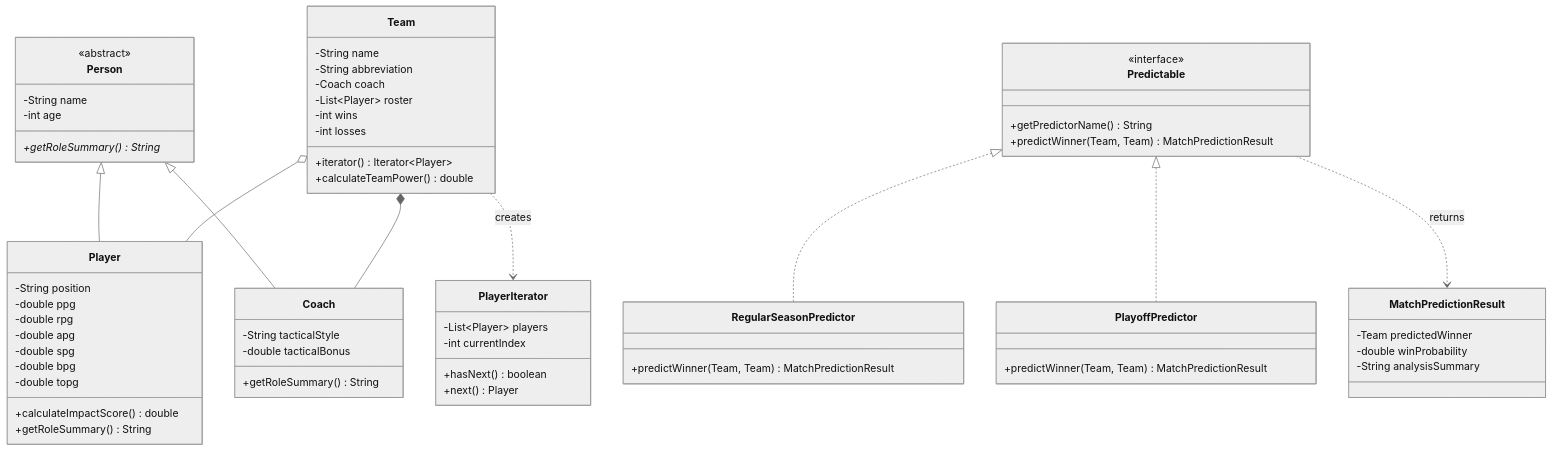
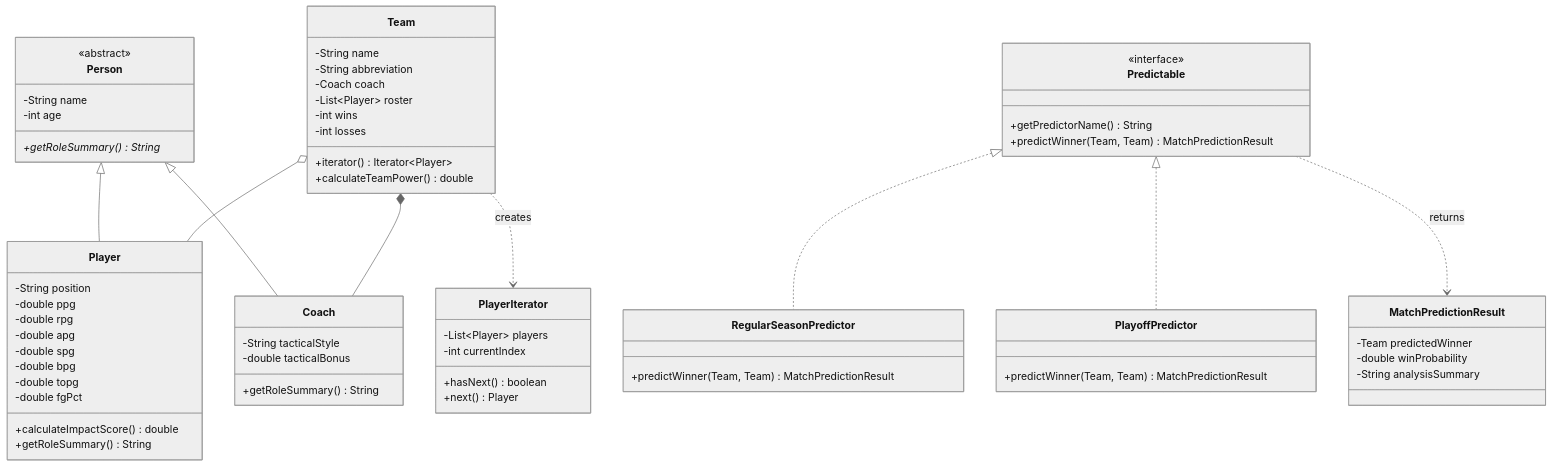
One commit to Berkayblgr/nba-oop-match-predictor changed the diagram in README.md. Above: the diagram before and after it, drawn with Mermaid (neutral theme). The commit also changed other lines of this file, not shown here.

Commit message:
docs: update README with FG% metric and UML class diagram

````diff
--- a/README.md
+++ b/README.md
@@ -17,66 +17,67 @@
 ```mermaid
 classDiagram
     class Person {
         <<abstract>>
         -String name
         -int age
         +getRoleSummary()* String
     }
     class Player {
         -String position
         -double ppg
         -double rpg
         -double apg
         -double spg
         -double bpg
         -double topg
+        -double fgPct
         +calculateImpactScore() double
         +getRoleSummary() String
     }
     class Coach {
         -String tacticalStyle
         -double tacticalBonus
         +getRoleSummary() String
     }
     class Team {
         -String name
         -String abbreviation
         -Coach coach
         -List~Player~ roster
         -int wins
         -int losses
         +iterator() Iterator~Player~
         +calculateTeamPower() double
     }
     class PlayerIterator {
         -List~Player~ players
         -int currentIndex
         +hasNext() boolean
         +next() Player
     }
     class Predictable {
         <<interface>>
         +getPredictorName() String
         +predictWinner(Team, Team) MatchPredictionResult
     }
     class RegularSeasonPredictor {
         +predictWinner(Team, Team) MatchPredictionResult
     }
     class PlayoffPredictor {
         +predictWinner(Team, Team) MatchPredictionResult
     }
     class MatchPredictionResult {
         -Team predictedWinner
         -double winProbability
         -String analysisSummary
     }
 
     Person <|-- Player
     Person <|-- Coach
     Team *-- Coach
     Team o-- Player
     Team ..> PlayerIterator : creates
     Predictable <|.. RegularSeasonPredictor
     Predictable <|.. PlayoffPredictor
     Predictable ..> MatchPredictionResult : returns
 ```
````
